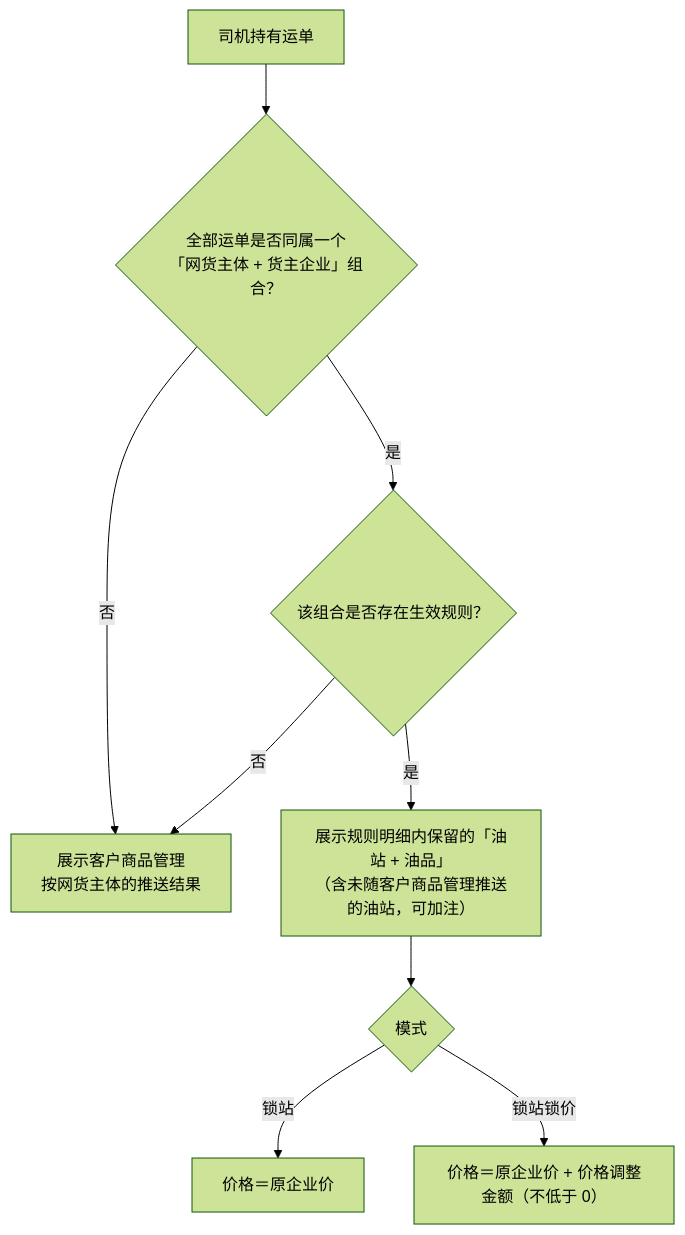
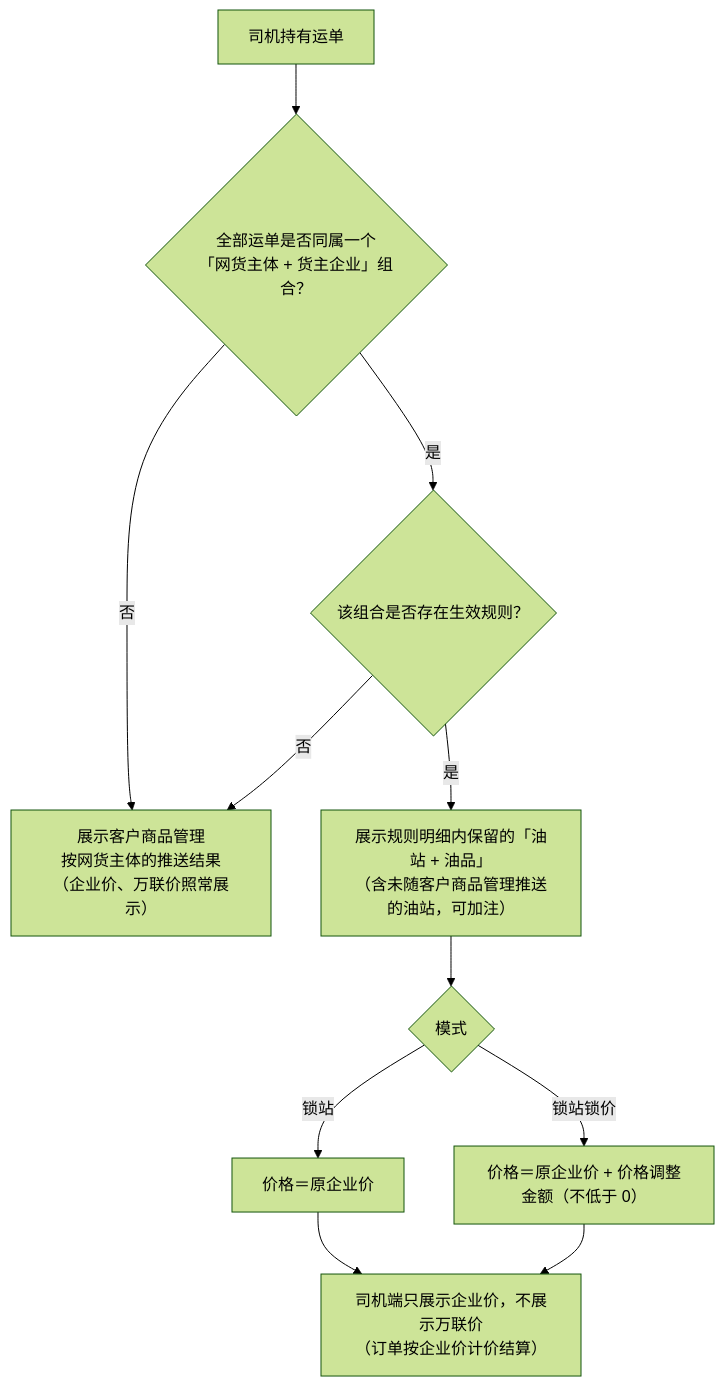
One commit to Zsmboom/matching-order-prototype changed the diagram in _wb_drv.mmd. Above: the diagram before and after it, drawn with Mermaid (forest theme). The commit also changed 20 other files, not shown here.

```diff
--- a/_wb_drv.mmd
+++ b/_wb_drv.mmd
@@ -1,9 +1,11 @@
 flowchart TD
   A["司机持有运单"] --> B{"全部运单是否同属一个<br/>「网货主体 + 货主企业」组合？"}
-  B -->|否| C["展示客户商品管理<br/>按网货主体的推送结果"]
+  B -->|否| C["展示客户商品管理<br/>按网货主体的推送结果<br/>（企业价、万联价照常展示）"]
   B -->|是| D{"该组合是否存在生效规则？"}
   D -->|否| C
   D -->|是| E["展示规则明细内保留的「油站 + 油品」<br/>（含未随客户商品管理推送的油站，可加注）"]
   E --> F{"模式"}
   F -->|锁站| G["价格＝原企业价"]
   F -->|锁站锁价| H["价格＝原企业价 + 价格调整金额（不低于 0）"]
+  G --> I["司机端只展示企业价，不展示万联价<br/>（订单按企业价计价结算）"]
+  H --> I
```
